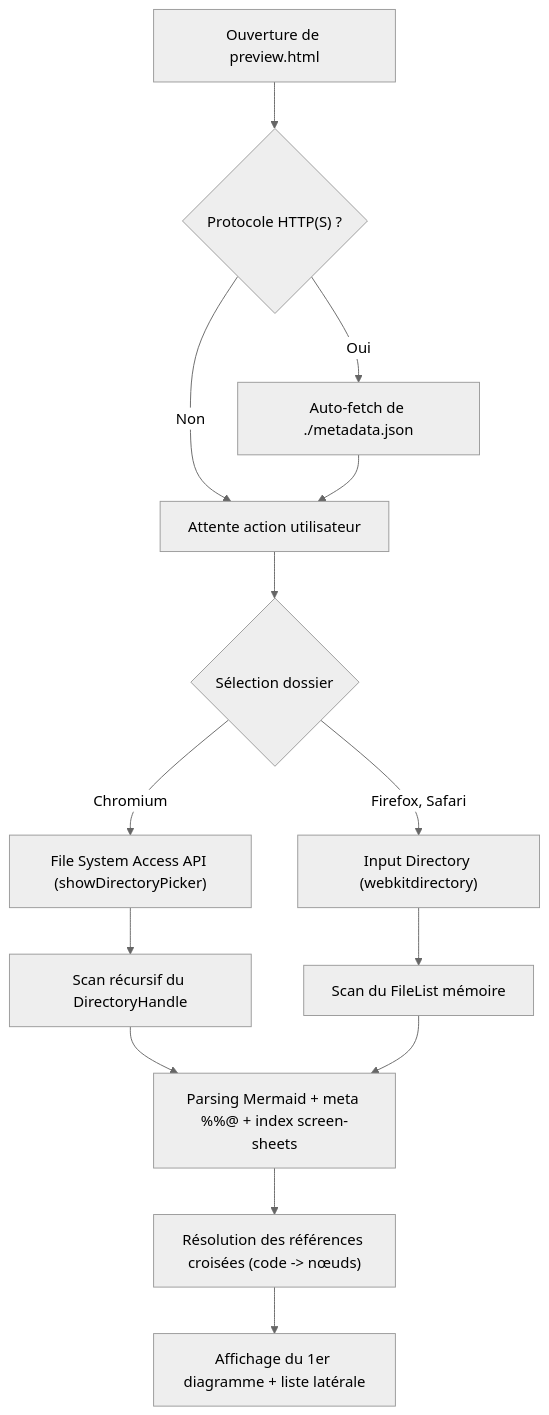
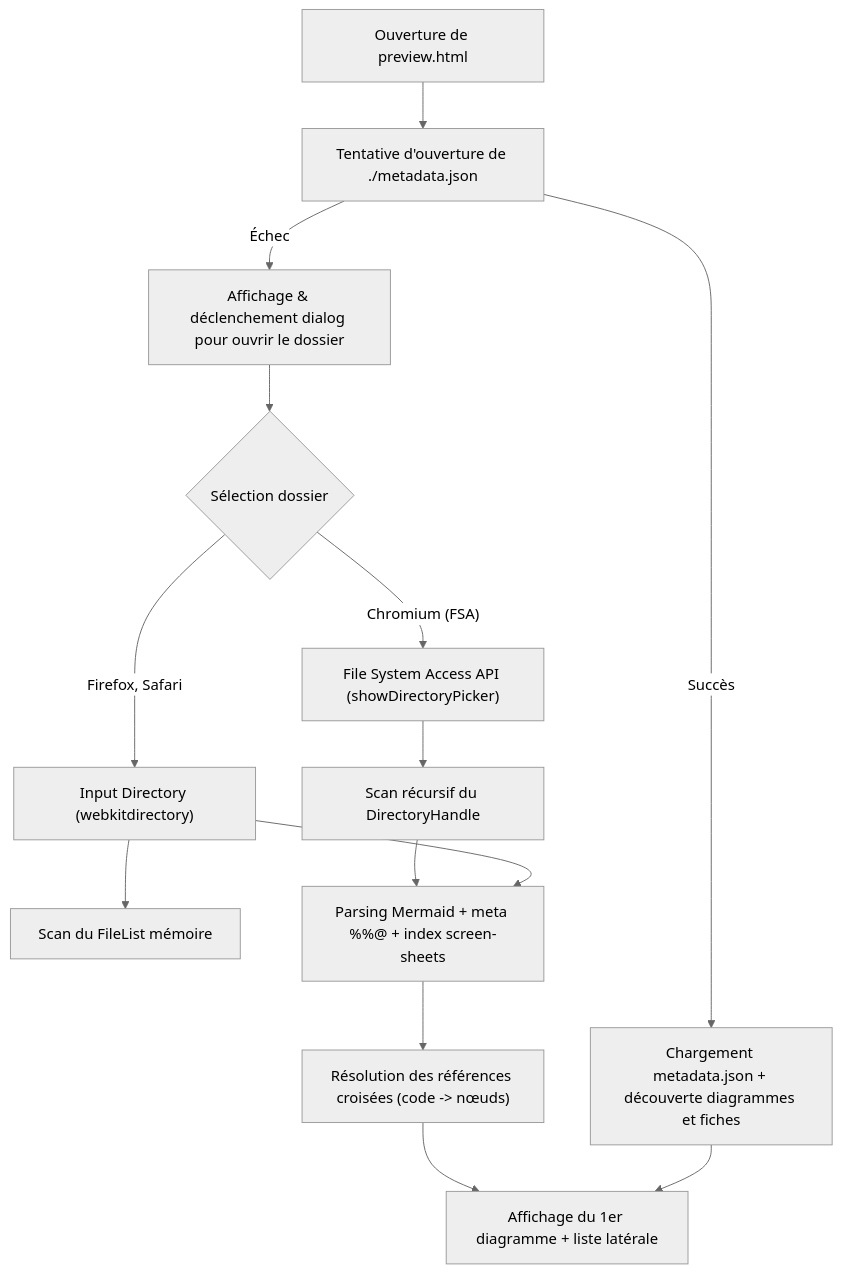
The first of 3 diagrams in specs/spec-preview.md (Pi0up/ai-skills), drawn with Mermaid (neutral theme) before and after one commit. The commit also changed other lines of this file and 3 other files, not shown here.

Commit message:
feat(studio): try loading metadata.json next to preview.html with fallback folder dialog

````diff
--- a/specs/spec-preview.md
+++ b/specs/spec-preview.md
@@ -102,16 +103,16 @@
 ```mermaid
 flowchart TD
-    Start["Ouverture de preview.html"] --> CheckProtocol{"Protocole HTTP(S) ?"}
-    CheckProtocol -- Oui --> AutoFetch["Auto-fetch de ./metadata.json"]
-    CheckProtocol -- Non --> AwaitUser["Attente action utilisateur"]
-    AutoFetch --> AwaitUser
-    AwaitUser --> Action{"Sélection dossier"}
-    Action -- "Chromium" --> FSA["File System Access API (showDirectoryPicker)"]
+    Start["Ouverture de preview.html"] --> TryFetch["Tentative d'ouverture de ./metadata.json"]
+    TryFetch -- Succès --> LoadData["Chargement metadata.json + découverte diagrammes et fiches"]
+    TryFetch -- Échec --> TriggerPicker["Affichage & déclenchement dialog pour ouvrir le dossier"]
+    TriggerPicker --> Action{"Sélection dossier"}
+    Action -- "Chromium (FSA)" --> FSA["File System Access API (showDirectoryPicker)"]
     Action -- "Firefox, Safari" --> FileInput["Input Directory (webkitdirectory)"]
     FSA --> ScanHandle["Scan récursif du DirectoryHandle"]
     FileInput --> ScanList["Scan du FileList mémoire"]
     ScanHandle --> ParseAll["Parsing Mermaid + meta %%@ + index screen-sheets"]
-    ScanList --> ParseAll
+    FileInput --> ParseAll
     ParseAll --> Resolve["Résolution des références croisées (code -> nœuds)"]
     Resolve --> RenderUI["Affichage du 1er diagramme + liste latérale"]
+    LoadData --> RenderUI
 ```
````
